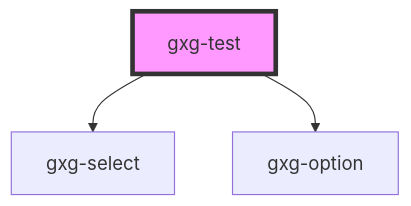
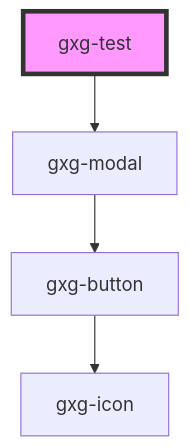
Before and after one commit to genexuslabs/gemini: the diagram in src/components/test/readme.md, drawn with Mermaid. The commit also changed other lines of this file and 9 other files, not shown here.

````diff
--- a/src/components/test/readme.md
+++ b/src/components/test/readme.md
@@ -20,6 +19,7 @@
 ```mermaid
 graph TD;
-  gxg-test --> gxg-select
-  gxg-test --> gxg-option
+  gxg-test --> gxg-modal
+  gxg-modal --> gxg-button
+  gxg-button --> gxg-icon
   style gxg-test fill:#f9f,stroke:#333,stroke-width:4px
 ```
````
